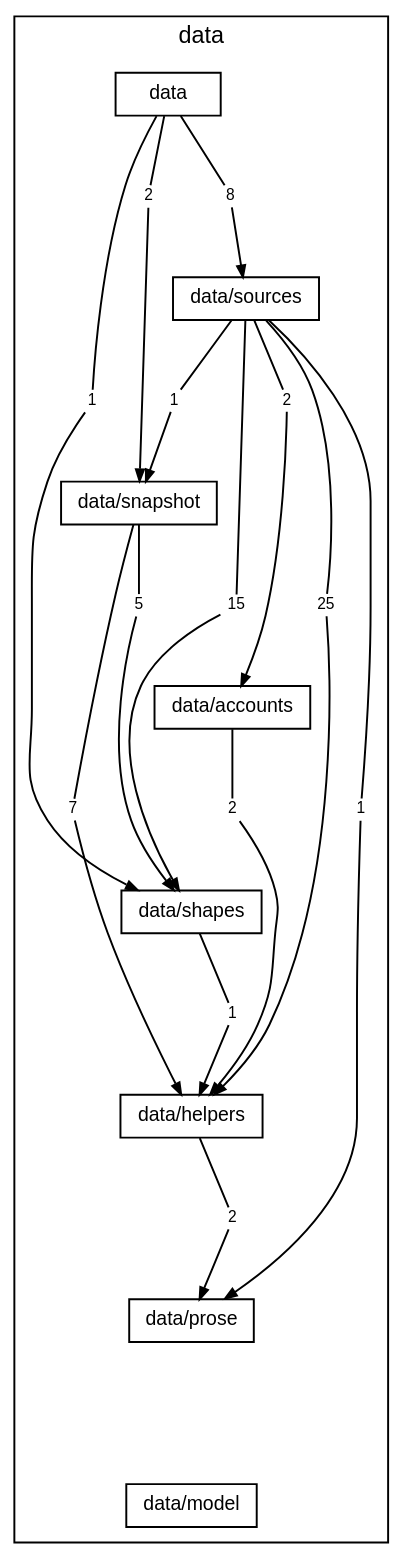
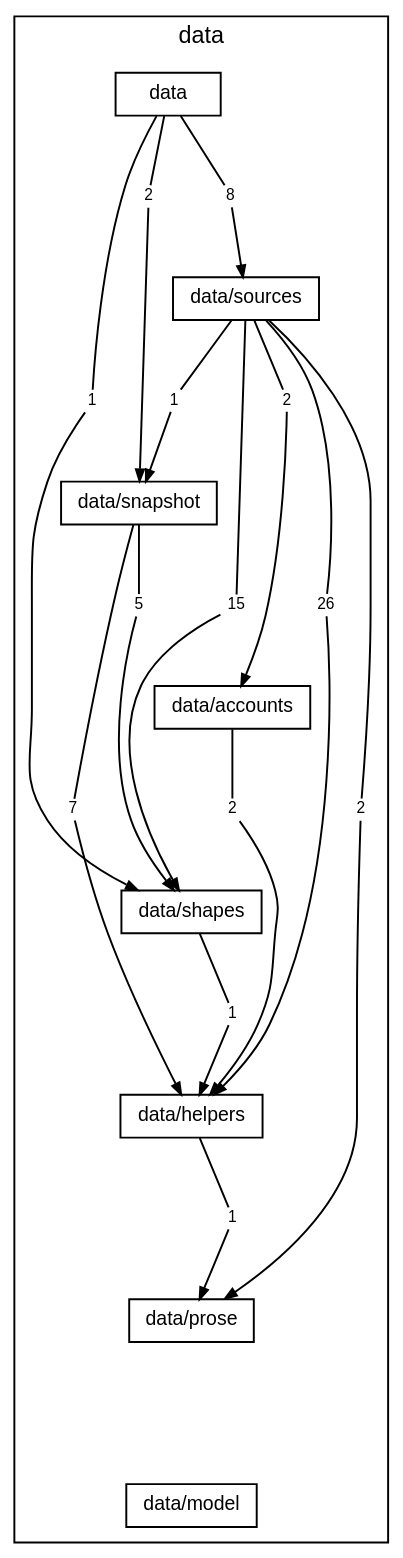
The diagram in docs/diagrams/layer-data.dot (TheAxeC/oculus), drawn with Graphviz before and after one commit. The commit also changed 116 other files, not shown here.

```diff
--- a/docs/diagrams/layer-data.dot
+++ b/docs/diagrams/layer-data.dot
@@ -1,62 +1,62 @@
 digraph layer_data {
     graph [bgcolor="transparent", rankdir=TB, newrank=true, mclimit=4, fontname="Helvetica,Arial,sans-serif", fontsize=12, nodesep=0.2, ranksep=0.5];
     node [shape=box, color="black", fontcolor="black", fontname="Helvetica,Arial,sans-serif", fontsize=10, height=0.3, margin="0.12,0.04"];
     edge [color="black", fontcolor="black", fontname="Helvetica,Arial,sans-serif", fontsize=8, arrowsize=0.6];
     subgraph "cluster_data" {
         label="data"; style=solid;
         "folder data" [label="data"];
         "folder data/sources" [label="data/sources"];
         "folder data/snapshot" [label="data/snapshot"];
         "folder data/accounts" [label="data/accounts"];
         "folder data/shapes" [label="data/shapes"];
         "folder data/helpers" [label="data/helpers"];
         "folder data/prose" [label="data/prose"];
         "folder data/model" [label="data/model"];
         "folder data to folder data/shapes" [label="1", shape=box, color="transparent", fontsize=8, width=0, height=0, margin="0.04,0.02"];
         "folder data to folder data/snapshot" [label="2", shape=box, color="transparent", fontsize=8, width=0, height=0, margin="0.04,0.02"];
         "folder data to folder data/sources" [label="8", shape=box, color="transparent", fontsize=8, width=0, height=0, margin="0.04,0.02"];
         "folder data/sources to folder data/accounts" [label="2", shape=box, color="transparent", fontsize=8, width=0, height=0, margin="0.04,0.02"];
-        "folder data/sources to folder data/helpers" [label="25", shape=box, color="transparent", fontsize=8, width=0, height=0, margin="0.04,0.02"];
-        "folder data/sources to folder data/prose" [label="1", shape=box, color="transparent", fontsize=8, width=0, height=0, margin="0.04,0.02"];
+        "folder data/sources to folder data/helpers" [label="26", shape=box, color="transparent", fontsize=8, width=0, height=0, margin="0.04,0.02"];
+        "folder data/sources to folder data/prose" [label="2", shape=box, color="transparent", fontsize=8, width=0, height=0, margin="0.04,0.02"];
         "folder data/sources to folder data/shapes" [label="15", shape=box, color="transparent", fontsize=8, width=0, height=0, margin="0.04,0.02"];
         "folder data/sources to folder data/snapshot" [label="1", shape=box, color="transparent", fontsize=8, width=0, height=0, margin="0.04,0.02"];
         "folder data/snapshot to folder data/helpers" [label="7", shape=box, color="transparent", fontsize=8, width=0, height=0, margin="0.04,0.02"];
         "folder data/snapshot to folder data/shapes" [label="5", shape=box, color="transparent", fontsize=8, width=0, height=0, margin="0.04,0.02"];
         "folder data/accounts to folder data/helpers" [label="2", shape=box, color="transparent", fontsize=8, width=0, height=0, margin="0.04,0.02"];
         "folder data/shapes to folder data/helpers" [label="1", shape=box, color="transparent", fontsize=8, width=0, height=0, margin="0.04,0.02"];
-        "folder data/helpers to folder data/prose" [label="2", shape=box, color="transparent", fontsize=8, width=0, height=0, margin="0.04,0.02"];
+        "folder data/helpers to folder data/prose" [label="1", shape=box, color="transparent", fontsize=8, width=0, height=0, margin="0.04,0.02"];
     }
     "folder data" -> "folder data/sources" [style=invis, weight=10, minlen=2];
     "folder data/sources" -> "folder data/snapshot" [style=invis, weight=10, minlen=2];
     "folder data/snapshot" -> "folder data/accounts" [style=invis, weight=10, minlen=2];
     "folder data/accounts" -> "folder data/shapes" [style=invis, weight=10, minlen=2];
     "folder data/shapes" -> "folder data/helpers" [style=invis, weight=10, minlen=2];
     "folder data/helpers" -> "folder data/prose" [style=invis, weight=10, minlen=2];
     "folder data/prose" -> "folder data/model" [style=invis, weight=10, minlen=2];
     "folder data" -> "folder data to folder data/shapes" [arrowhead=none, minlen=3, weight=10];
     "folder data to folder data/shapes" -> "folder data/shapes" [];
     "folder data" -> "folder data to folder data/snapshot" [arrowhead=none, minlen=1, weight=10];
     "folder data to folder data/snapshot" -> "folder data/snapshot" [];
     "folder data" -> "folder data to folder data/sources" [arrowhead=none, minlen=1, weight=10];
     "folder data to folder data/sources" -> "folder data/sources" [];
     "folder data/sources" -> "folder data/sources to folder data/accounts" [arrowhead=none, minlen=1, weight=10];
     "folder data/sources to folder data/accounts" -> "folder data/accounts" [];
     "folder data/sources" -> "folder data/sources to folder data/helpers" [arrowhead=none, minlen=3, weight=10];
     "folder data/sources to folder data/helpers" -> "folder data/helpers" [];
     "folder data/sources" -> "folder data/sources to folder data/prose" [arrowhead=none, minlen=5, weight=10];
     "folder data/sources to folder data/prose" -> "folder data/prose" [];
     "folder data/sources" -> "folder data/sources to folder data/shapes" [arrowhead=none, minlen=3, weight=10];
     "folder data/sources to folder data/shapes" -> "folder data/shapes" [];
     "folder data/sources" -> "folder data/sources to folder data/snapshot" [arrowhead=none, minlen=1, weight=10];
     "folder data/sources to folder data/snapshot" -> "folder data/snapshot" [];
     "folder data/snapshot" -> "folder data/snapshot to folder data/helpers" [arrowhead=none, minlen=3, weight=10];
     "folder data/snapshot to folder data/helpers" -> "folder data/helpers" [];
     "folder data/snapshot" -> "folder data/snapshot to folder data/shapes" [arrowhead=none, minlen=1, weight=10];
     "folder data/snapshot to folder data/shapes" -> "folder data/shapes" [];
     "folder data/accounts" -> "folder data/accounts to folder data/helpers" [arrowhead=none, minlen=1, weight=10];
     "folder data/accounts to folder data/helpers" -> "folder data/helpers" [];
     "folder data/shapes" -> "folder data/shapes to folder data/helpers" [arrowhead=none, minlen=1, weight=10];
     "folder data/shapes to folder data/helpers" -> "folder data/helpers" [];
     "folder data/helpers" -> "folder data/helpers to folder data/prose" [arrowhead=none, minlen=1, weight=10];
     "folder data/helpers to folder data/prose" -> "folder data/prose" [];
 }
```
